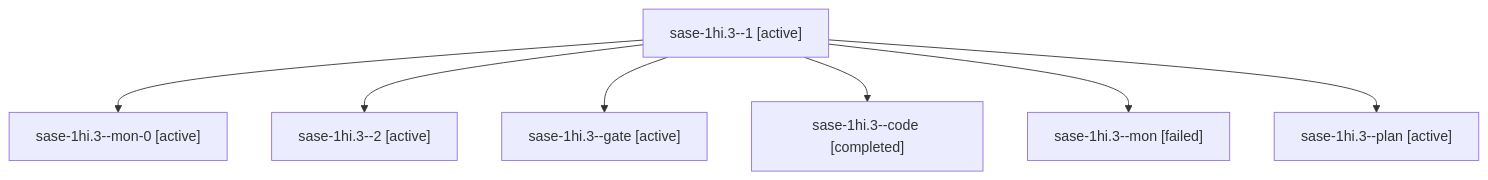
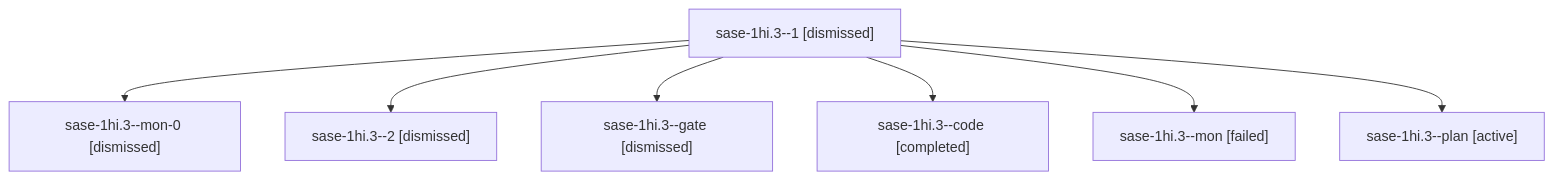
One commit to sase-org/sase--agents changed the diagram in sessions/bbugyi200.apollo.sase-1hi.3.md. Above: the diagram before and after it, drawn with Mermaid. The commit also changed other lines of this file and 259 other files, not shown here.

````diff
--- a/sessions/bbugyi200.apollo.sase-1hi.3.md
+++ b/sessions/bbugyi200.apollo.sase-1hi.3.md
@@ -9,16 +9,16 @@
 ```mermaid
 flowchart TD
-  n0["sase-1hi.3--1 [active]"]
-  n1["sase-1hi.3--mon-0 [active]"]
+  n0["sase-1hi.3--1 [dismissed]"]
+  n1["sase-1hi.3--mon-0 [dismissed]"]
   n0 --> n1
-  n2["sase-1hi.3--2 [active]"]
+  n2["sase-1hi.3--2 [dismissed]"]
   n0 --> n2
-  n3["sase-1hi.3--gate [active]"]
+  n3["sase-1hi.3--gate [dismissed]"]
   n0 --> n3
   n4["sase-1hi.3--code [completed]"]
   n0 --> n4
   n5["sase-1hi.3--mon [failed]"]
   n0 --> n5
   n6["sase-1hi.3--plan [active]"]
   n0 --> n6
 ```
````
